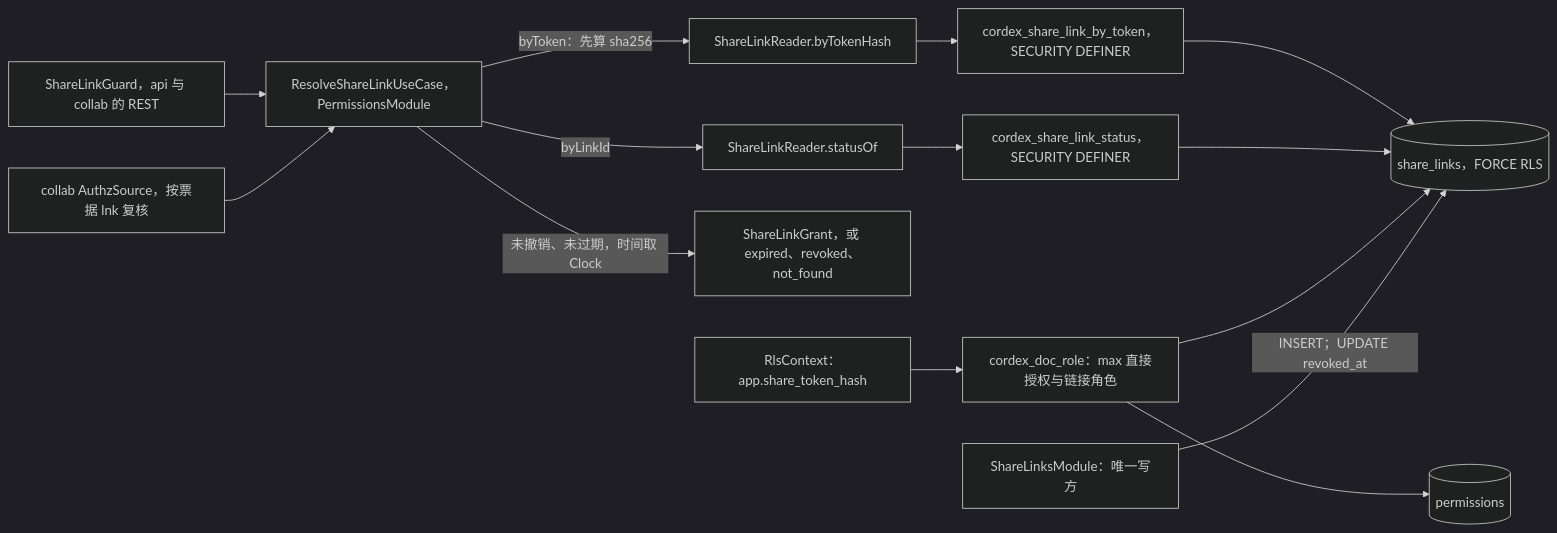
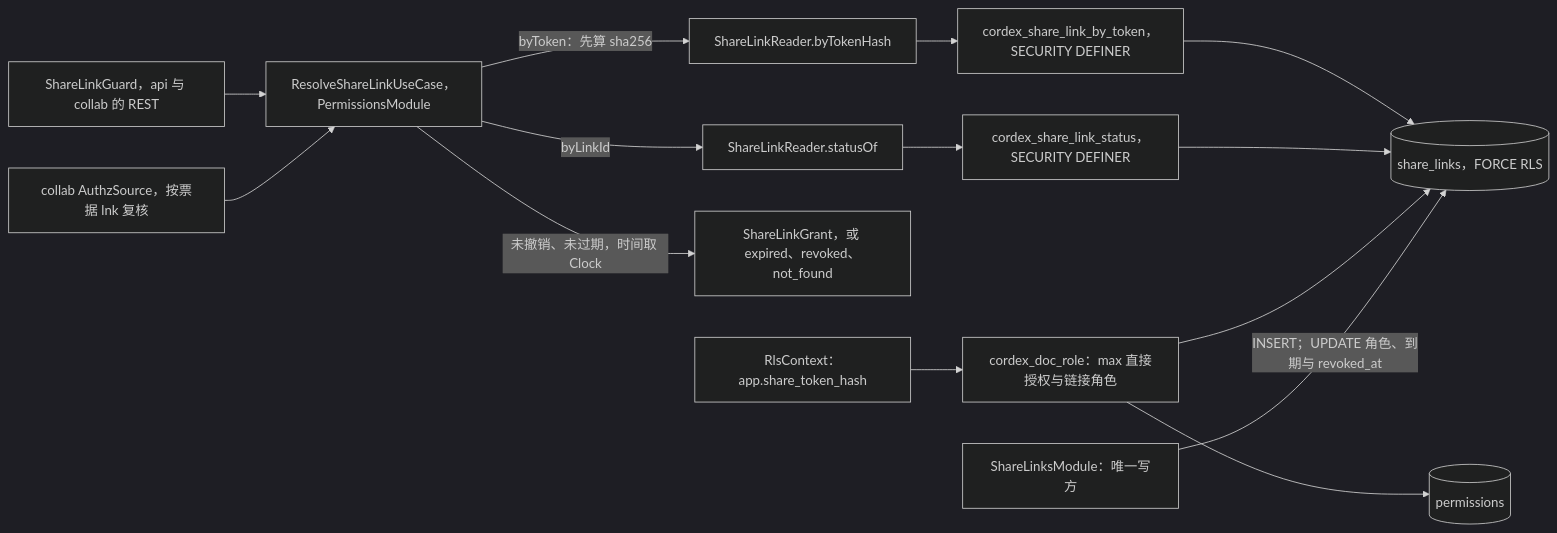
Before and after one commit to Xeonice/cordis-ppt-editor: the first of 4 diagrams in docs/60-backend/09-ddl-identity-and-access.md, drawn with Mermaid (dark theme). The commit also changed other lines of this file and 19 other files, not shown here.

````diff
--- a/docs/60-backend/09-ddl-identity-and-access.md
+++ b/docs/60-backend/09-ddl-identity-and-access.md
@@ -494,15 +517,15 @@
 ```mermaid
 flowchart LR
   guard["ShareLinkGuard，api 与 collab 的 REST"] --> uc["ResolveShareLinkUseCase，PermissionsModule"]
   authz["collab AuthzSource，按票据 lnk 复核"] --> uc
   uc -- "byToken：先算 sha256" --> r1["ShareLinkReader.byTokenHash"]
   uc -- "byLinkId" --> r2["ShareLinkReader.statusOf"]
   r1 --> f1["cordex_share_link_by_token，SECURITY DEFINER"]
   r2 --> f2["cordex_share_link_status，SECURITY DEFINER"]
   f1 & f2 --> sl[("share_links，FORCE RLS")]
   uc -- "未撤销、未过期，时间取 Clock" --> out["ShareLinkGrant，或 expired、revoked、not_found"]
   rls["RlsContext：app.share_token_hash"] --> dr["cordex_doc_role：max 直接授权与链接角色"]
   dr --> sl
   dr --> pm[("permissions")]
-  writer["ShareLinksModule：唯一写方"] -- "INSERT；UPDATE revoked_at" --> sl
+  writer["ShareLinksModule：唯一写方"] -- "INSERT；UPDATE 角色、到期与 revoked_at" --> sl
 ```
````
